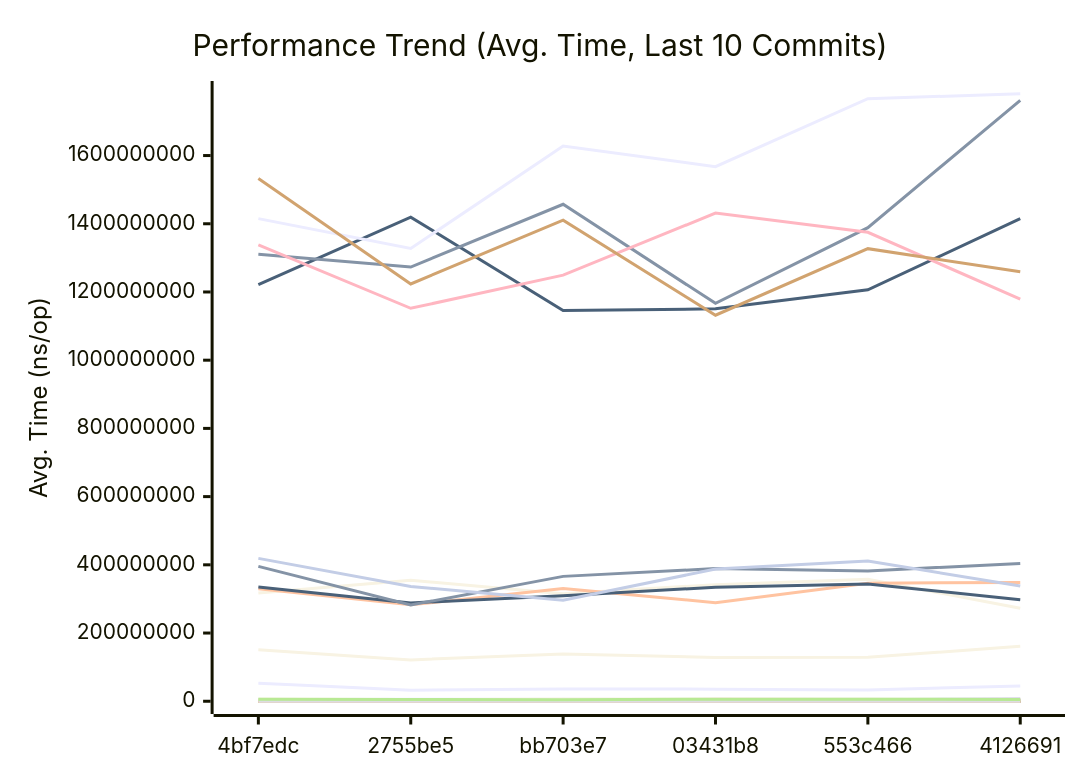
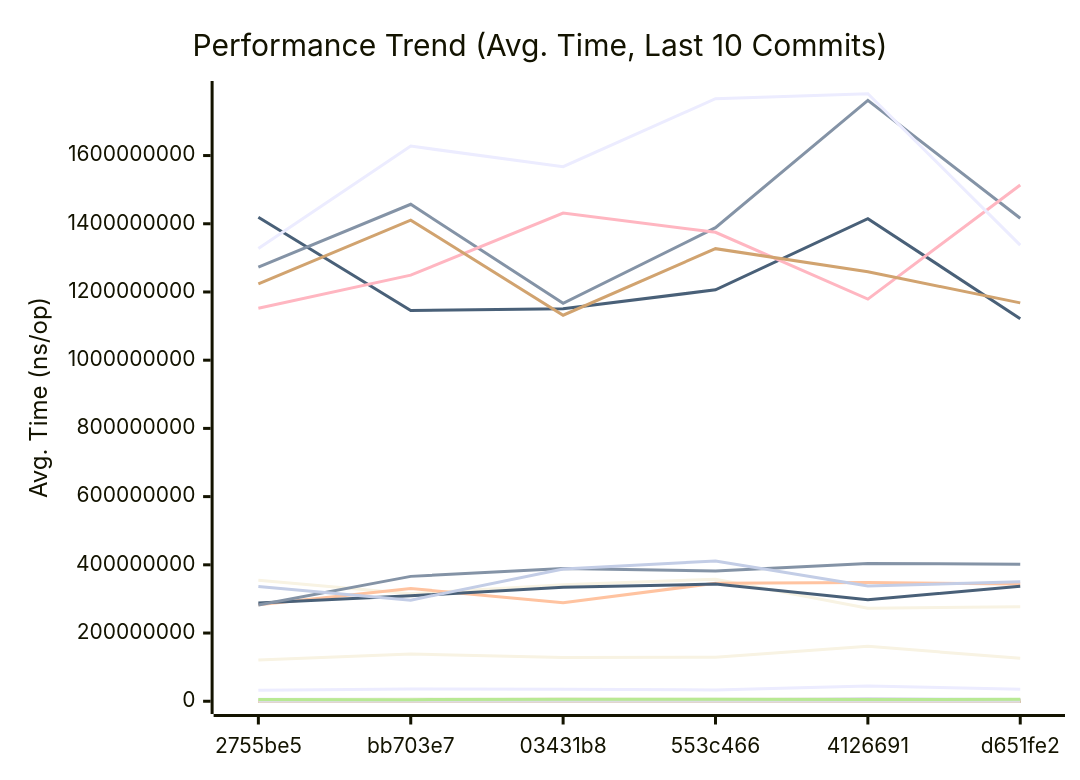
The first of 3 diagrams in docs/PERFORMANCE.md (alsotoes/momo), drawn with Mermaid before and after one commit. The commit also changed other lines of this file and 2 other files, not shown here.

````diff
--- a/docs/PERFORMANCE.md
+++ b/docs/PERFORMANCE.md
@@ -260,44 +260,44 @@
 ```mermaid
 xychart-beta
     title "Performance Trend (Avg. Time, Last 10 Commits)"
     x-axis "Commit"
     y-axis "Avg. Time (ns/op)"
-    x-axis [4bf7edc,2755be5,bb703e7,03431b8,553c466,4126691]
-    line "AWSChunkedReaderSigned" [521824,584439,539275,522839,619200,756300,663569,620161,606537,1043223]
-    line "AWSChunkedReaderUnsigned" [451522,611665,550355,604498,664009,703433,611889,631352,615450,1351997]
-    line "CheckMetricsAndSwap" [17,10,11,10,10,12,13,11,9,18]
-    line "CrushOptimized" [539,432,471,405,485,513,528,381,489,593]
-    line "CrushOriginal" [730,712,650,699,646,673,697,599,581,856]
-    line "FormatListObjectsV2XML_AppendFormat" [1046717,799795,1039816,911991,1056478,1286421,1165434,922011,962696,2255056]
-    line "FormatListObjectsV2XML_OldFormat" [745142,464905,458449,554255,545961,720703,674915,518253,488621,1103444]
-    line "HashBytes/1MiB" [4751175,5064237,4383380,5547571,5240058,5525510,5093044,3747347,5123782,7575501]
-    line "HashBytes/256MiB" [1221858506,1419279092,1145420213,1150583944,1206314796,1415065243,1121544781,1441434671,1284521850,2087994619]
-    line "HashBytes/64MiB" [317593619,355000134,315394868,341933076,357748084,272405322,277104353,321801782,289844742,509860327]
-    line "HashFile/1MiB" [5129547,5747827,5999828,5183292,5520031,4909353,4510294,6901410,4299477,8227082]
-    line "HashFile/256MiB" [1310601572,1273023822,1457159370,1166573869,1388569817,1761951053,1416186973,1274613971,1030231274,2135226775]
-    line "HashFile/64MiB" [329592825,282613785,330397537,289173153,345945889,348425613,343417056,354037155,260223898,558613671]
-    line "IndexDirectTracking" [1,0,0,1,1,1,1,1,0,1]
-    line "IndexSearch" [5,4,3,3,4,4,4,4,4,5]
-    line "LastModifiedHeader_AppendFormat" [252,340,415,345,364,441,320,312,319,610]
-    line "LastModifiedHeader_Format" [350,398,514,394,431,520,582,394,406,812]
-    line "LoadGlobalConfig" [14511,16366,13776,15095,13488,14097,14525,12164,12907,20187]
-    line "LocalWrite/1MiB" [795470,552166,778898,525512,577002,644852,573249,584326,612314,1771010]
-    line "LocalWrite/256MiB" [151118283,121284509,138380852,128601282,128702495,161190175,125958619,133440934,107404943,160392504]
-    line "LocalWrite/64MiB" [53059327,32531111,36029215,35542782,33119476,44891953,35402077,33399170,28308935,49166059]
-    line "PadString" [49,70,69,64,70,76,63,80,61,211]
+    x-axis [2755be5,bb703e7,03431b8,553c466,4126691,d651fe2]
+    line "AWSChunkedReaderSigned" [584439,539275,522839,619200,756300,663569,620161,606537,1043223,973548]
+    line "AWSChunkedReaderUnsigned" [611665,550355,604498,664009,703433,611889,631352,615450,1351997,1054695]
+    line "CheckMetricsAndSwap" [10,11,10,10,12,13,11,9,18,19]
+    line "CrushOptimized" [432,471,405,485,513,528,381,489,593,643]
+    line "CrushOriginal" [712,650,699,646,673,697,599,581,856,1307]
+    line "FormatListObjectsV2XML_AppendFormat" [799795,1039816,911991,1056478,1286421,1165434,922011,962696,2255056,1630321]
+    line "FormatListObjectsV2XML_OldFormat" [464905,458449,554255,545961,720703,674915,518253,488621,1103444,888288]
+    line "HashBytes/1MiB" [5064237,4383380,5547571,5240058,5525510,5093044,3747347,5123782,7575501,6664907]
+    line "HashBytes/256MiB" [1419279092,1145420213,1150583944,1206314796,1415065243,1121544781,1441434671,1284521850,2087994619,1563281181]
+    line "HashBytes/64MiB" [355000134,315394868,341933076,357748084,272405322,277104353,321801782,289844742,509860327,389285110]
+    line "HashFile/1MiB" [5747827,5999828,5183292,5520031,4909353,4510294,6901410,4299477,8227082,7078150]
+    line "HashFile/256MiB" [1273023822,1457159370,1166573869,1388569817,1761951053,1416186973,1274613971,1030231274,2135226775,1716532942]
+    line "HashFile/64MiB" [282613785,330397537,289173153,345945889,348425613,343417056,354037155,260223898,558613671,471436906]
+    line "IndexDirectTracking" [0,0,1,1,1,1,1,0,1,1]
+    line "IndexSearch" [4,3,3,4,4,4,4,4,5,4]
+    line "LastModifiedHeader_AppendFormat" [340,415,345,364,441,320,312,319,610,638]
+    line "LastModifiedHeader_Format" [398,514,394,431,520,582,394,406,812,695]
+    line "LoadGlobalConfig" [16366,13776,15095,13488,14097,14525,12164,12907,20187,22438]
+    line "LocalWrite/1MiB" [552166,778898,525512,577002,644852,573249,584326,612314,1771010,1395534]
+    line "LocalWrite/256MiB" [121284509,138380852,128601282,128702495,161190175,125958619,133440934,107404943,160392504,197917420]
+    line "LocalWrite/64MiB" [32531111,36029215,35542782,33119476,44891953,35402077,33399170,28308935,49166059,52341255]
+    line "PadString" [70,69,64,70,76,63,80,61,211,165]
     line "ParseReplicationOrder_NoPrealloc" [350,349,357,354,345,225,229,165,232,234]
     line "ParseReplicationOrder_Prealloc" [229,231,237,234,229,108,107,80,110,109]
-    line "Placement" [8505,7344,6922,7453,7406,7040,7327,6313,6933,8102]
-    line "PlacementDomainSpread" [8563,7236,7465,7811,7868,7303,7101,6619,8426,8684]
-    line "ReadVerify/1MiB" [5088522,3970325,4753309,4723356,4600918,6614208,4999715,4807436,3448579,5630820]
-    line "ReadVerify/256MiB" [1337973310,1152182050,1249327431,1431247520,1374887457,1179131329,1513480600,1025626350,1253185341,1738129398]
-    line "ReadVerify/64MiB" [335223998,288365836,309264832,334268234,343492740,297878657,337113294,296627981,281005831,374198113]
-    line "S3PutSpool/1MiB" [6486611,5066289,6659391,6179992,6697030,5335678,5117449,4156487,6430516,9117398]
-    line "S3PutSpool/256MiB" [1414994967,1327631659,1627622695,1567298391,1766547568,1781197744,1337418784,1086529024,1304364707,2406472426]
-    line "S3PutSpool/64MiB" [395378107,282251478,366146558,388891982,382189999,404192768,401720115,306669378,354128133,528507413]
-    line "SanitizeLog/Safe" [256,386,270,283,316,423,332,390,316,623]
-    line "SanitizeLog/Unsafe" [801,1163,1016,1039,1170,1356,1050,1036,1076,2180]
-    line "TrustedRead/1MiB" [5688219,4848751,4607932,6032847,6124228,5111302,5878450,3751975,4741810,8367879]
-    line "TrustedRead/256MiB" [1532603475,1223453299,1410403058,1131933188,1326976357,1259207320,1168045663,1223117446,1462605918,2173767229]
-    line "TrustedRead/64MiB" [418960245,336501521,296487000,387555406,411444369,337664579,350083685,287609190,397868130,540269082]
+    line "Placement" [7344,6922,7453,7406,7040,7327,6313,6933,8102,10527]
+    line "PlacementDomainSpread" [7236,7465,7811,7868,7303,7101,6619,8426,8684,11049]
+    line "ReadVerify/1MiB" [3970325,4753309,4723356,4600918,6614208,4999715,4807436,3448579,5630820,6689386]
+    line "ReadVerify/256MiB" [1152182050,1249327431,1431247520,1374887457,1179131329,1513480600,1025626350,1253185341,1738129398,1830120119]
+    line "ReadVerify/64MiB" [288365836,309264832,334268234,343492740,297878657,337113294,296627981,281005831,374198113,432795151]
+    line "S3PutSpool/1MiB" [5066289,6659391,6179992,6697030,5335678,5117449,4156487,6430516,9117398,9491833]
+    line "S3PutSpool/256MiB" [1327631659,1627622695,1567298391,1766547568,1781197744,1337418784,1086529024,1304364707,2406472426,2428268969]
+    line "S3PutSpool/64MiB" [282251478,366146558,388891982,382189999,404192768,401720115,306669378,354128133,528507413,651666227]
+    line "SanitizeLog/Safe" [386,270,283,316,423,332,390,316,623,639]
+    line "SanitizeLog/Unsafe" [1163,1016,1039,1170,1356,1050,1036,1076,2180,2105]
+    line "TrustedRead/1MiB" [4848751,4607932,6032847,6124228,5111302,5878450,3751975,4741810,8367879,7463250]
+    line "TrustedRead/256MiB" [1223453299,1410403058,1131933188,1326976357,1259207320,1168045663,1223117446,1462605918,2173767229,2433008029]
+    line "TrustedRead/64MiB" [336501521,296487000,387555406,411444369,337664579,350083685,287609190,397868130,540269082,591536062]
 ```
````
